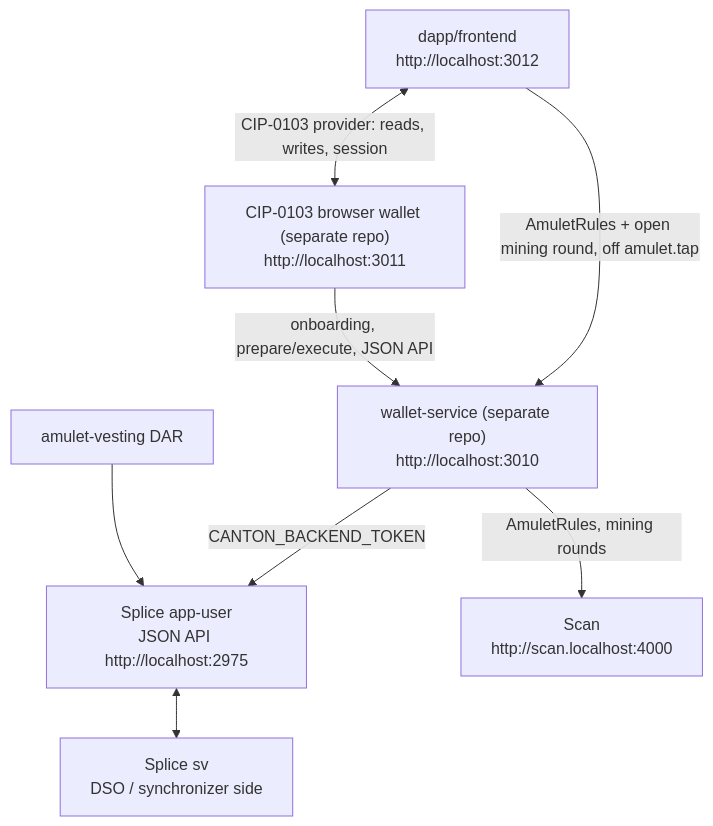
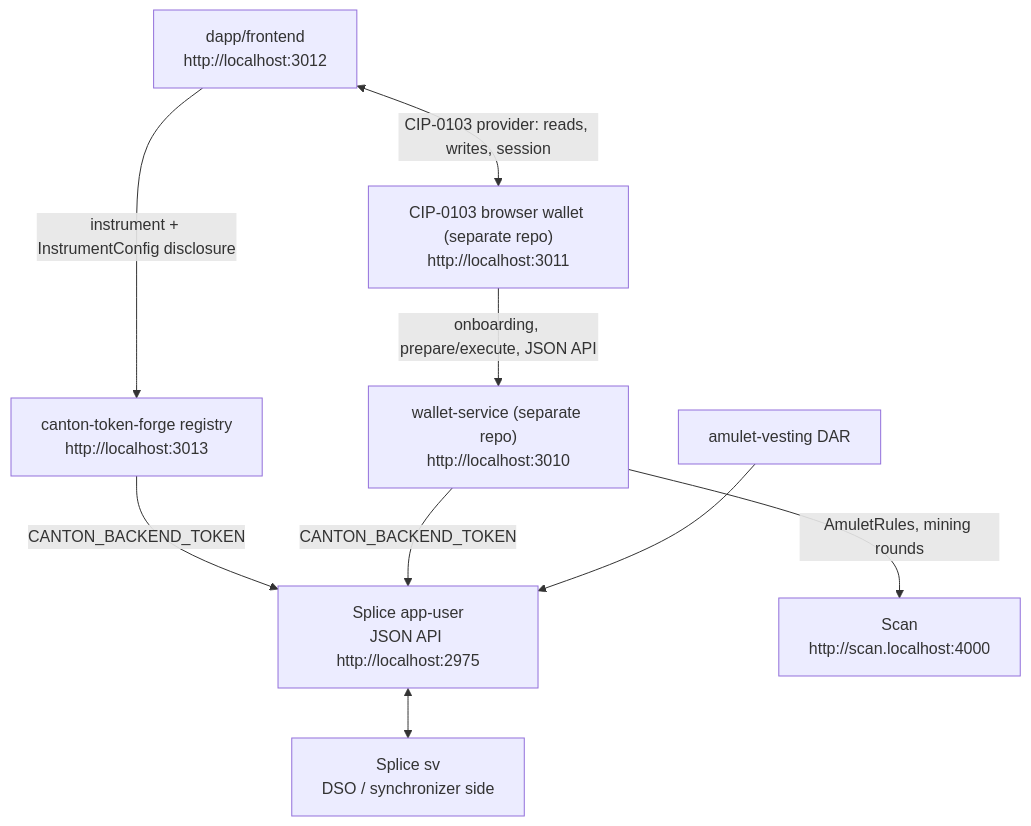
One commit to BootNodeDev/canton-dappbooster changed the diagram in architecture.md. Above: the diagram before and after it, drawn with Mermaid. The commit also changed other lines of this file and 20 other files, not shown here.

````diff
--- a/architecture.md
+++ b/architecture.md
@@ -23,18 +23,20 @@
 ```mermaid
 flowchart TD
   fe["dapp/frontend<br/>http://localhost:3012"]
   wallet["CIP-0103 browser wallet (separate repo)<br/>http://localhost:3011"]
   ws["wallet-service (separate repo)<br/>http://localhost:3010"]
   au["Splice app-user<br/>JSON API http://localhost:2975"]
   sv["Splice sv<br/>DSO / synchronizer side"]
   scan["Scan<br/>http://scan.localhost:4000"]
   dar["amulet-vesting DAR"]
+  reg["canton-token-forge registry<br/>http://localhost:3013"]
 
-  fe -->|"AmuletRules + open mining round, off amulet.tap"| ws
   fe <-->|"CIP-0103 provider: reads, writes, session"| wallet
   wallet -->|"onboarding, prepare/execute, JSON API"| ws
+  fe -->|"instrument + InstrumentConfig disclosure"| reg
+  reg -->|"CANTON_BACKEND_TOKEN"| au
   ws -->|"CANTON_BACKEND_TOKEN"| au
   ws -->|"AmuletRules, mining rounds"| scan
   au <--> sv
   dar --> au
 ```
````
